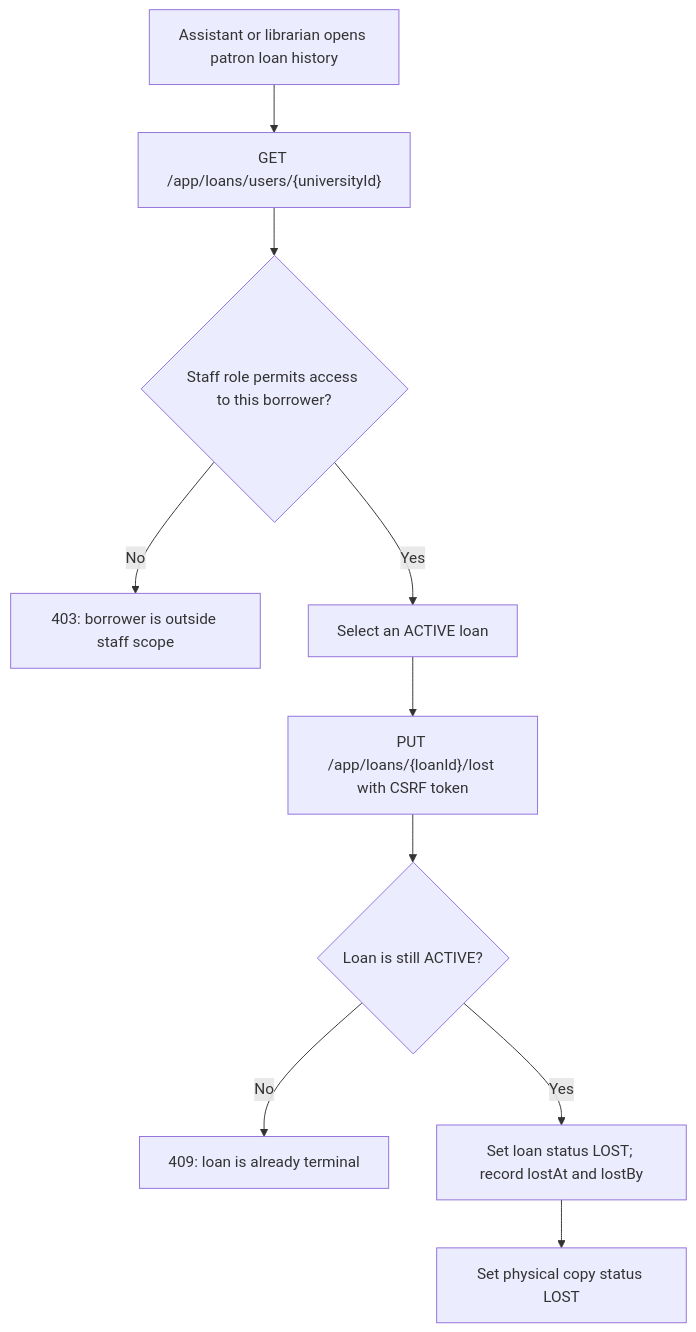
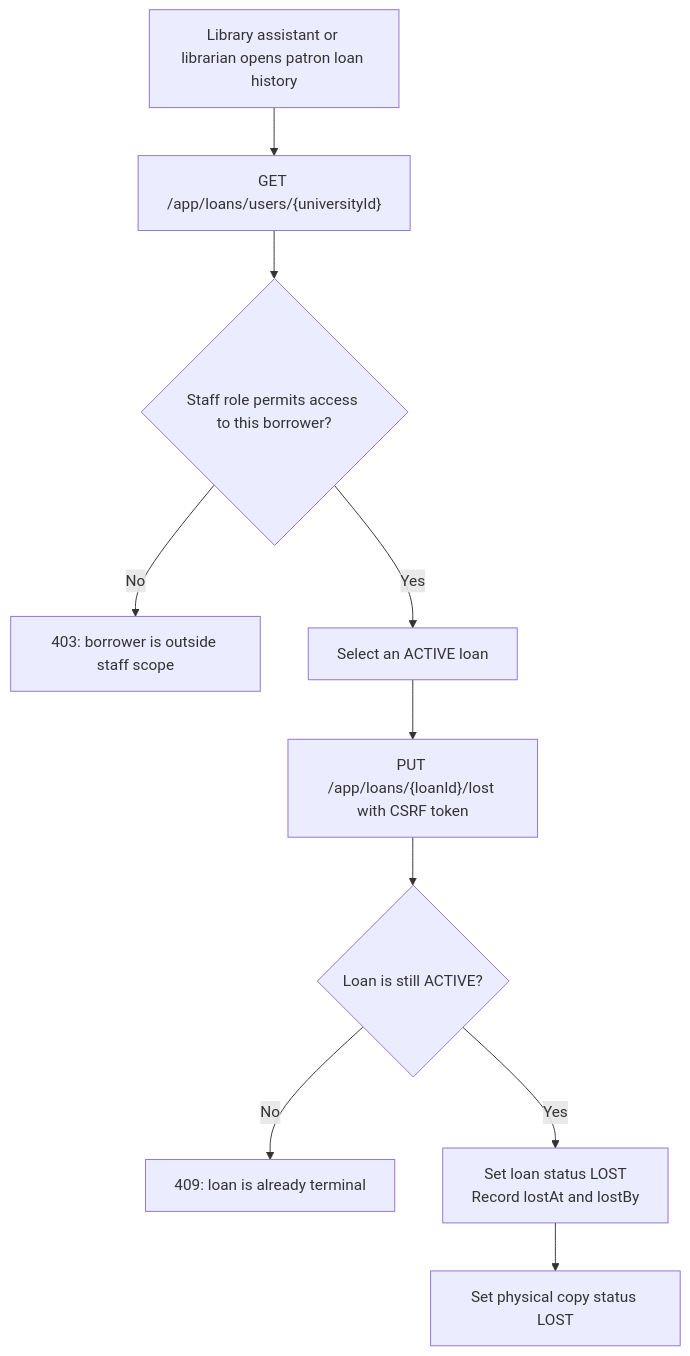
Before and after one commit to kyledelfin2006/libro-library-system: the second of 3 diagrams in docs/loan.md, drawn with Mermaid. The commit also changed other lines of this file and 1 other file, not shown here.

````diff
--- a/docs/loan.md
+++ b/docs/loan.md
@@ -59,12 +59,12 @@
 ```mermaid
 flowchart TD
-    Staff[Assistant or librarian opens patron loan history] --> History["GET /app/loans/users/{universityId}"]
-    History --> Scope{Staff role permits access to this borrower?}
-    Scope -->|No| Denied[403: borrower is outside staff scope]
-    Scope -->|Yes| Select[Select an ACTIVE loan]
+    Staff["Library assistant or librarian opens patron loan history"] --> History["GET /app/loans/users/{universityId}"]
+    History --> Scope{"Staff role permits access to this borrower?"}
+    Scope -->|No| Denied["403: borrower is outside staff scope"]
+    Scope -->|Yes| Select["Select an ACTIVE loan"]
     Select --> Resolve["PUT /app/loans/{loanId}/lost with CSRF token"]
-    Resolve --> Active{Loan is still ACTIVE?}
-    Active -->|No| Conflict[409: loan is already terminal]
-    Active -->|Yes| Lost[Set loan status LOST; record lostAt and lostBy]
-    Lost --> Copy[Set physical copy status LOST]
+    Resolve --> Active{"Loan is still ACTIVE?"}
+    Active -->|No| Conflict["409: loan is already terminal"]
+    Active -->|Yes| Lost["Set loan status LOST<br/>Record lostAt and lostBy"]
+    Lost --> Copy["Set physical copy status LOST"]
 ```
````
